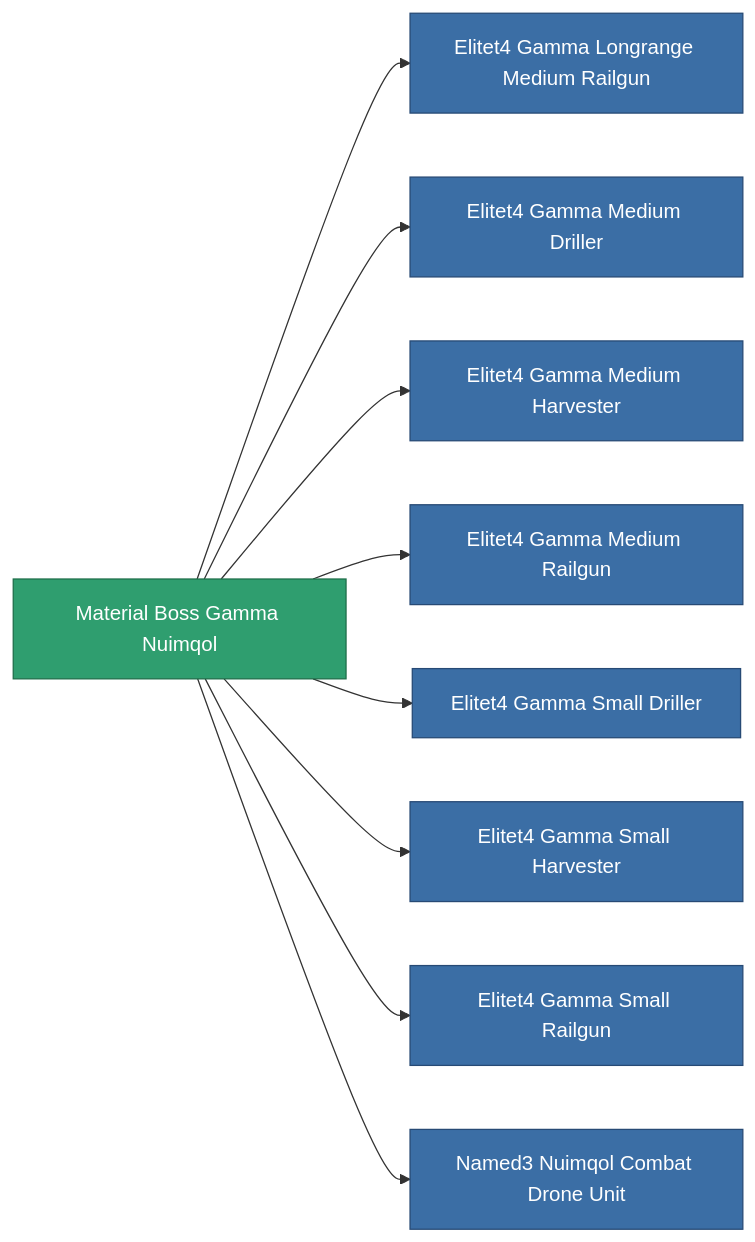
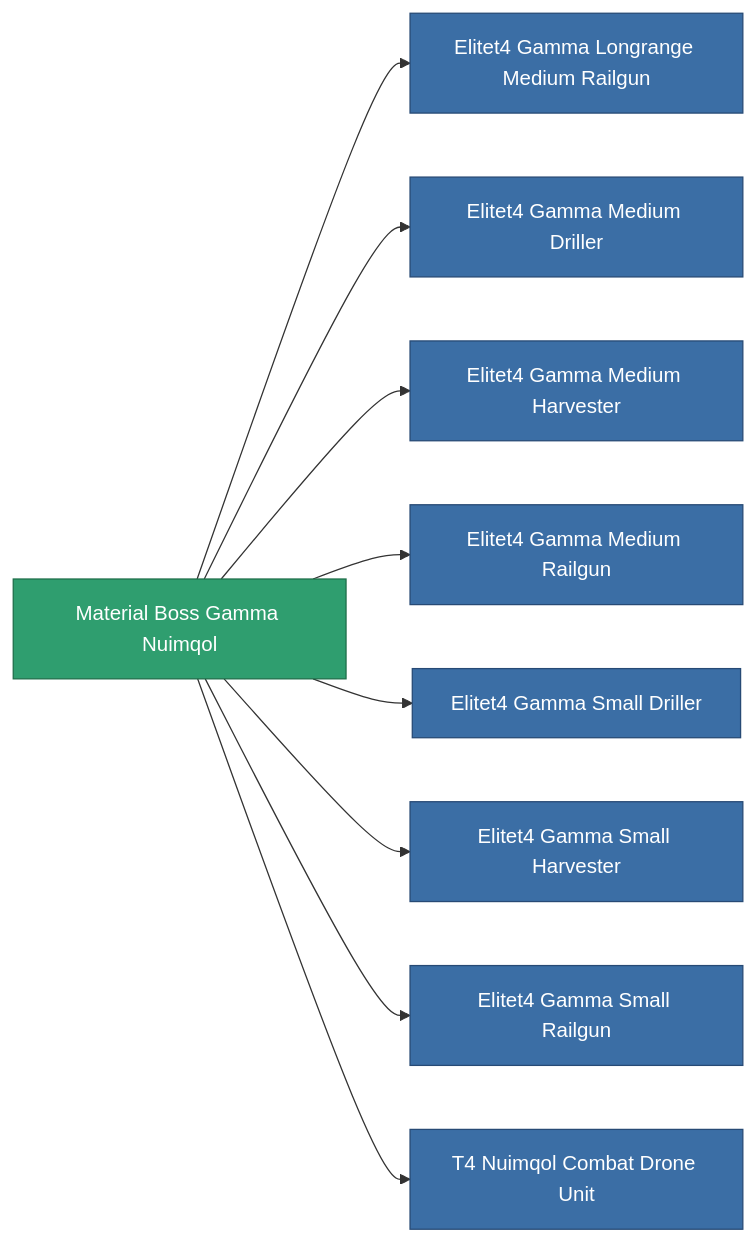
The diagram in content/content/items/material_boss_gamma_nuimqol.md (OpenPerpetuum/Wiki), drawn with Mermaid before and after one commit. The commit also changed other lines of this file and 4904 other files, not shown here.

````diff
--- a/content/content/items/material_boss_gamma_nuimqol.md
+++ b/content/content/items/material_boss_gamma_nuimqol.md
@@ -28,31 +28,31 @@
 ```mermaid
 graph LR
     a["Material Boss Gamma Nuimqol"]:::current
     b["Elitet4 Gamma Longrange Medium Railgun"]:::prod
     a --> b
     click b "/content/items/elitet4-gamma-longrange-medium-railgun/" "Elitet4 Gamma Longrange Medium Railgun"
     c["Elitet4 Gamma Medium Driller"]:::prod
     a --> c
     click c "/content/items/elitet4-gamma-medium-driller/" "Elitet4 Gamma Medium Driller"
     d["Elitet4 Gamma Medium Harvester"]:::prod
     a --> d
     click d "/content/items/elitet4-gamma-medium-harvester/" "Elitet4 Gamma Medium Harvester"
     e["Elitet4 Gamma Medium Railgun"]:::prod
     a --> e
     click e "/content/items/elitet4-gamma-medium-railgun/" "Elitet4 Gamma Medium Railgun"
     f["Elitet4 Gamma Small Driller"]:::prod
     a --> f
     click f "/content/items/elitet4-gamma-small-driller/" "Elitet4 Gamma Small Driller"
     g["Elitet4 Gamma Small Harvester"]:::prod
     a --> g
     click g "/content/items/elitet4-gamma-small-harvester/" "Elitet4 Gamma Small Harvester"
     h["Elitet4 Gamma Small Railgun"]:::prod
     a --> h
     click h "/content/items/elitet4-gamma-small-railgun/" "Elitet4 Gamma Small Railgun"
-    i["Named3 Nuimqol Combat Drone Unit"]:::prod
+    i["T4 Nuimqol Combat Drone Unit"]:::prod
     a --> i
-    click i "/content/items/named3-nuimqol-combat-drone-unit/" "Named3 Nuimqol Combat Drone Unit"
+    click i "/content/items/named3-nuimqol-combat-drone-unit/" "T4 Nuimqol Combat Drone Unit"
     classDef current fill:#2f9e6f,stroke:#1f6f4a,color:#ffffff
     classDef prod fill:#3b6ea5,stroke:#274a75,color:#ffffff
     classDef more fill:#39445a,stroke:#54658a,color:#d5dbe8
 ```
````
